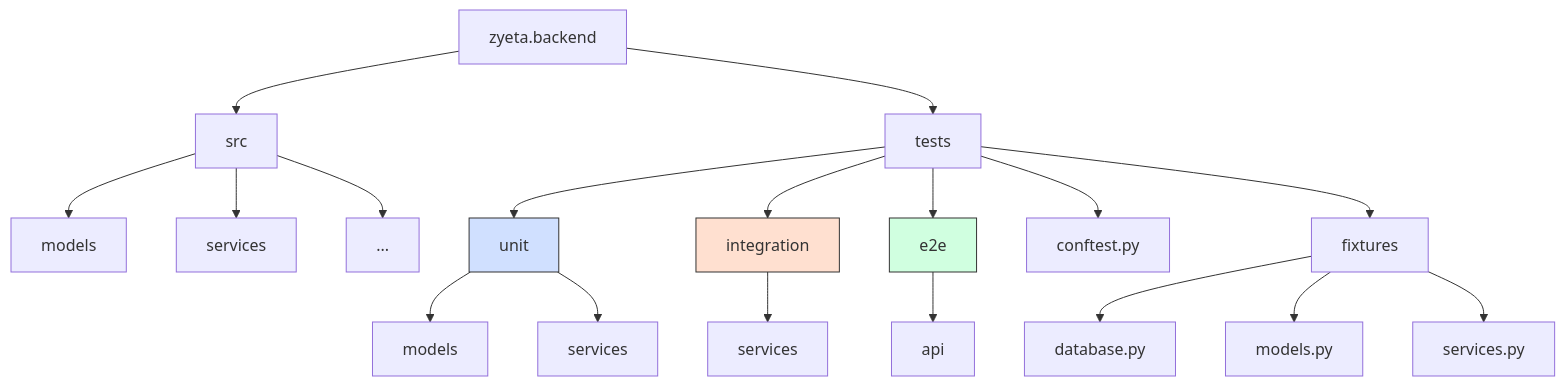
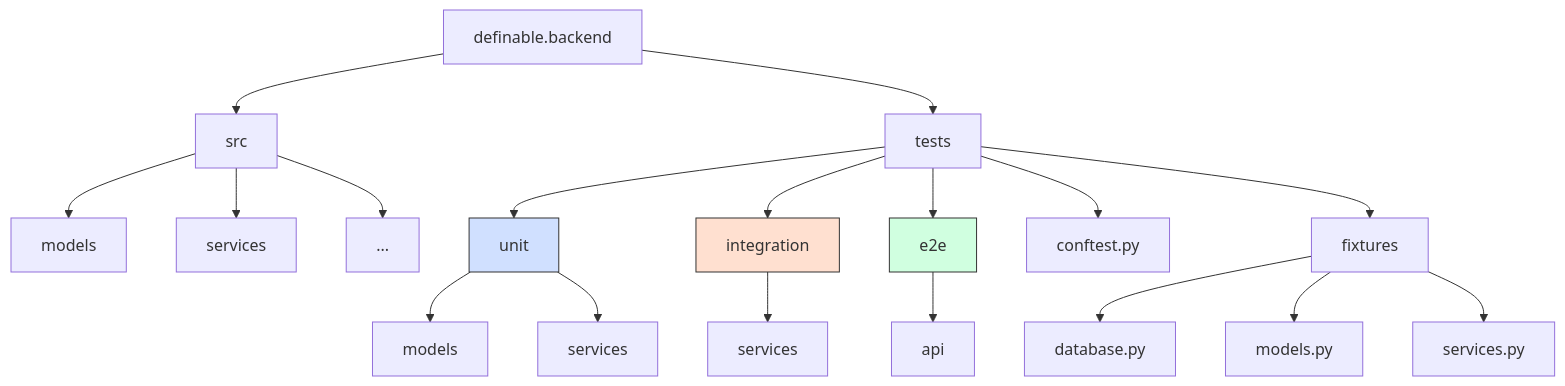
Before and after one commit to definableai/definable.backend: the third of 14 diagrams in docs/pages/development-guides/testing-guide.mdx, drawn with Mermaid. The commit also changed other lines of this file and 38 other files, not shown here.

````diff
--- a/docs/pages/development-guides/testing-guide.mdx
+++ b/docs/pages/development-guides/testing-guide.mdx
@@ -73,30 +73,30 @@
 ```mermaid
 graph TD
-    A[zyeta.backend] --> B[src]
+    A[definable.backend] --> B[src]
     A --> C[tests]
     
     B --> B1[models]
     B --> B2[services]
     B --> B3[...]
     
     C --> C1[unit]
     C --> C2[integration]
     C --> C3[e2e]
     C --> C4[conftest.py]
     C --> C5[fixtures]
     
     C1 --> C1A[models]
     C1 --> C1B[services]
     
     C2 --> C2A[services]
     
     C3 --> C3A[api]
     
     C5 --> C5A[database.py]
     C5 --> C5B[models.py]
     C5 --> C5C[services.py]
     
     style C1 fill:#d0e0ff,stroke:#333,stroke-width:1px
     style C2 fill:#ffe0d0,stroke:#333,stroke-width:1px
     style C3 fill:#d0ffe0,stroke:#333,stroke-width:1px
 ```
````
